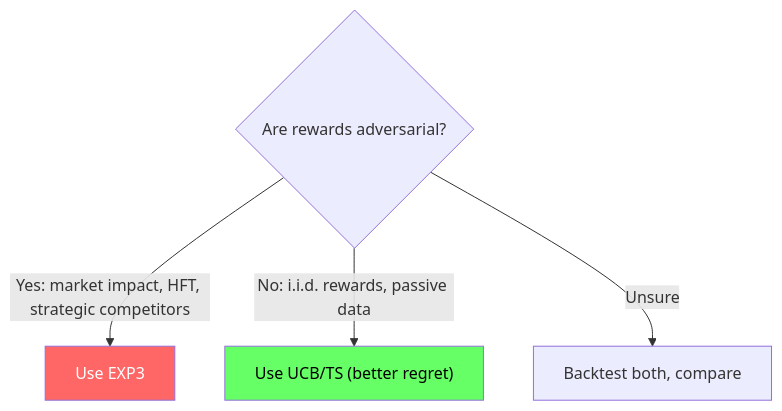
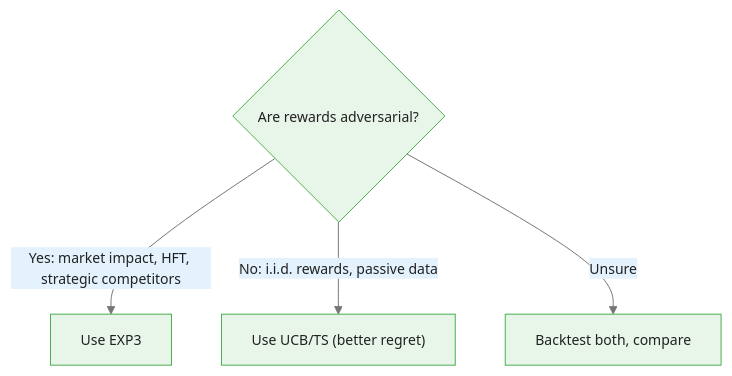
One commit to m-deane/course-creator changed the third of 4 diagrams in courses/multi-armed-bandits-ab-testing/modules/module_06_advanced_topics/guides/03_adversarial_bandits_slides.md. Above: the diagram before and after it, drawn with Mermaid. The commit also changed other lines of this file and 146 other files, not shown here.

````diff
--- a/courses/multi-armed-bandits-ab-testing/modules/module_06_advanced_topics/guides/03_adversarial_bandits_slides.md
+++ b/courses/multi-armed-bandits-ab-testing/modules/module_06_advanced_topics/guides/03_adversarial_bandits_slides.md
@@ -175,10 +214,8 @@
 ```mermaid
+%%{init: {"theme": "base", "themeVariables": {"primaryColor": "#e8f5e9", "primaryBorderColor": "#4caf50", "primaryTextColor": "#212121", "secondaryColor": "#e3f2fd", "tertiaryColor": "#fff8e1", "lineColor": "#757575", "fontFamily": "Inter, sans-serif", "fontSize": "14px"}}}%%
 flowchart TD
     Q{"Are rewards adversarial?"}
     Q -->|"Yes: market impact, HFT, strategic competitors"| EXP3_v["Use EXP3"]
     Q -->|"No: i.i.d. rewards, passive data"| UCB_v["Use UCB/TS (better regret)"]
     Q -->|"Unsure"| Test["Backtest both, compare"]
-
-    style EXP3_v fill:#f66,color:#fff
-    style UCB_v fill:#6f6,color:#000
 ```
````
